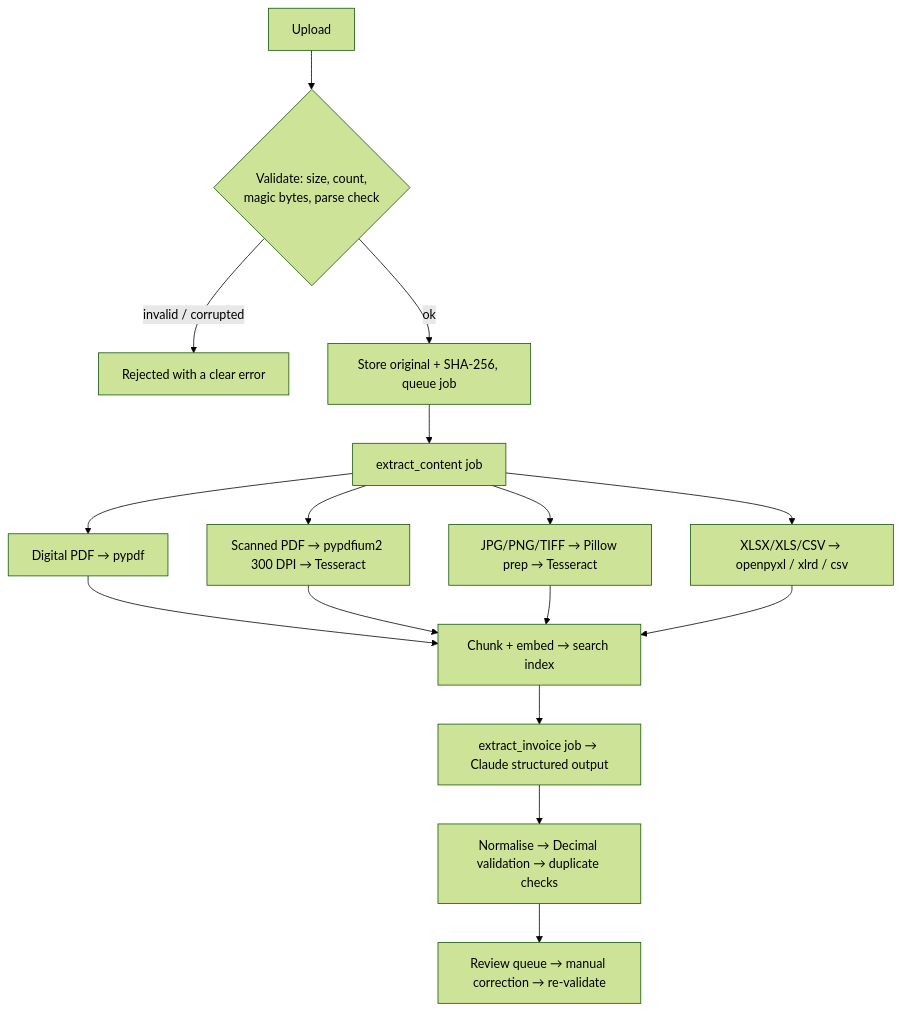
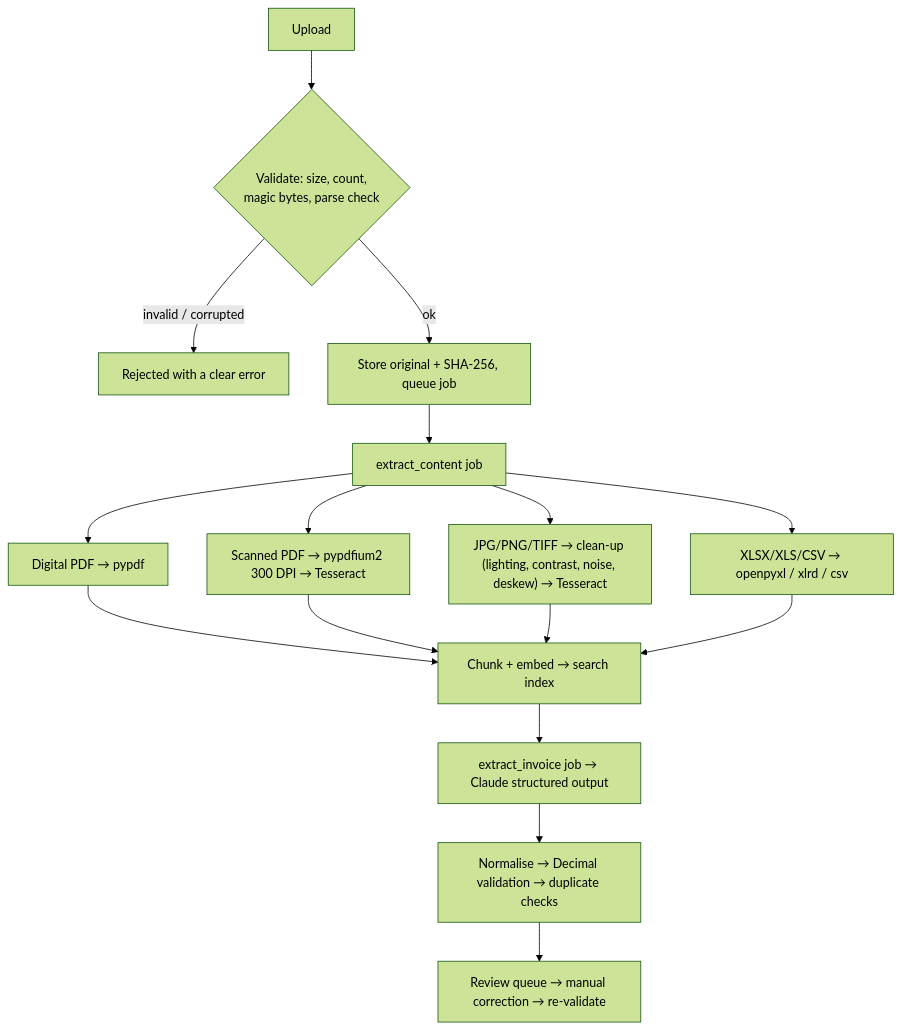
Before and after one commit to diptu/docIS: the second of 3 diagrams in deliverables.md, drawn with Mermaid (forest theme). The commit also changed other lines of this file and 11 other files, not shown here.

````diff
--- a/deliverables.md
+++ b/deliverables.md
@@ -98,15 +98,15 @@
 ```mermaid
 flowchart TD
     U["Upload"] --> V{"Validate: size, count,<br/>magic bytes, parse check"}
     V -- "invalid / corrupted" --> X["Rejected with a clear error"]
     V -- ok --> S["Store original + SHA-256, queue job"]
     S --> C["extract_content job"]
     C --> P1["Digital PDF → pypdf"]
     C --> P2["Scanned PDF → pypdfium2 300 DPI → Tesseract"]
-    C --> P3["JPG/PNG/TIFF → Pillow prep → Tesseract"]
+    C --> P3["JPG/PNG/TIFF → clean-up (lighting, contrast, noise, deskew) → Tesseract"]
     C --> P4["XLSX/XLS/CSV → openpyxl / xlrd / csv"]
     P1 & P2 & P3 & P4 --> I["Chunk + embed → search index"]
     I --> E["extract_invoice job → Claude structured output"]
     E --> N["Normalise → Decimal validation → duplicate checks"]
     N --> R["Review queue → manual correction → re-validate"]
 ```
````
